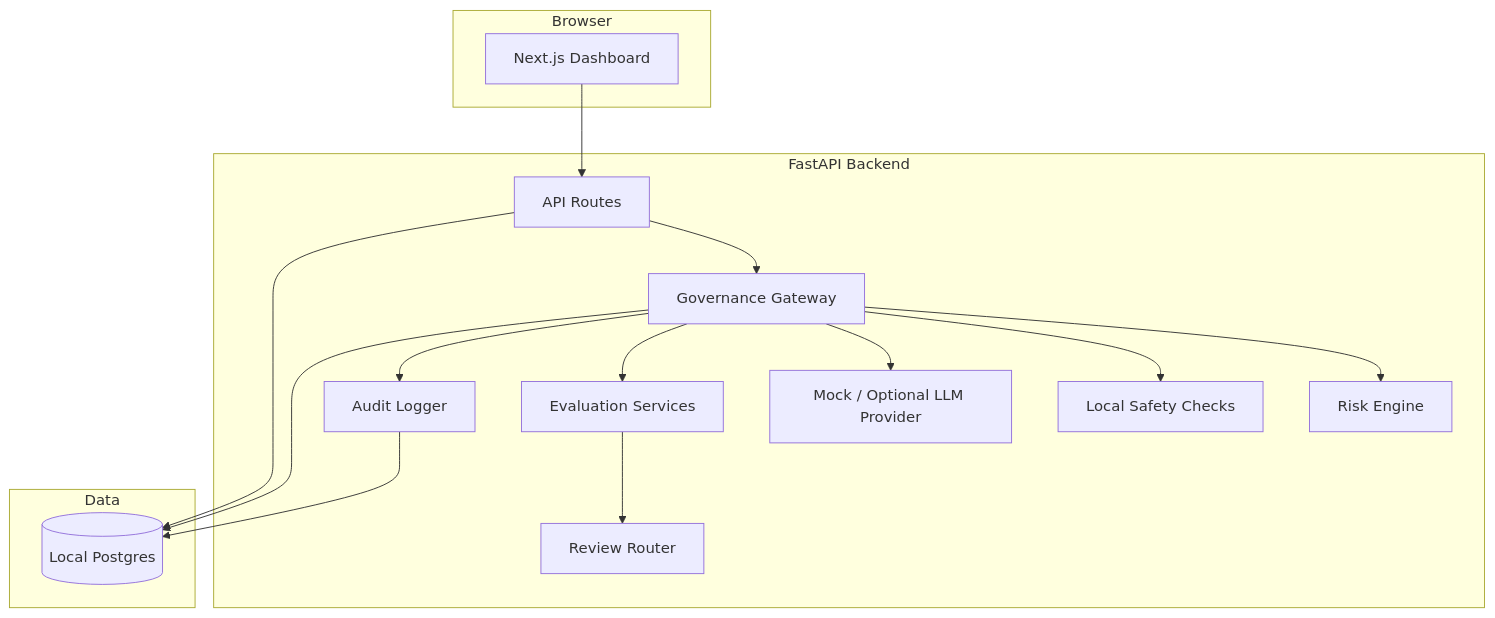
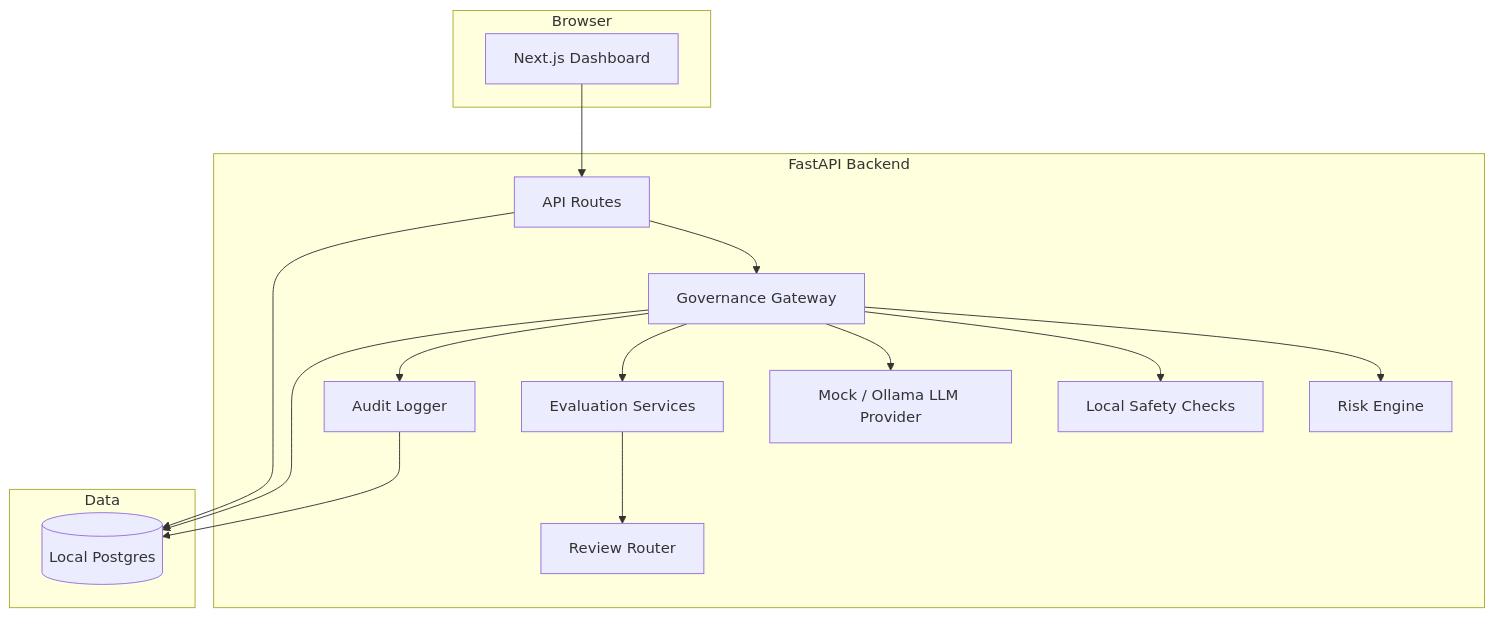
The second of 5 diagrams in docs/ARCHITECTURE.md (Governance-lab-ai/ai-control-tower), drawn with Mermaid before and after one commit. The commit also changed other lines of this file and 35 other files, not shown here.

````diff
--- a/docs/ARCHITECTURE.md
+++ b/docs/ARCHITECTURE.md
@@ -66,33 +67,33 @@
 ```mermaid
 flowchart TB
   subgraph Browser
     FE[Next.js Dashboard]
   end
 
   subgraph Backend[FastAPI Backend]
     Routes[API Routes]
     Gateway[Governance Gateway]
     Risk[Risk Engine]
     Eval[Evaluation Services]
     Review[Review Router]
     Audit[Audit Logger]
-    MockLLM[Mock / Optional LLM Provider]
+    MockLLM[Mock / Ollama LLM Provider]
     LocalSafety[Local Safety Checks]
   end
 
   subgraph Data
     DB[(Local Postgres)]
   end
 
   FE --> Routes
   Routes --> Gateway
   Gateway --> Risk
   Gateway --> LocalSafety
   Gateway --> MockLLM
   Gateway --> Eval
   Gateway --> Audit
   Eval --> Review
   Routes --> DB
   Gateway --> DB
   Audit --> DB
 ```
````
